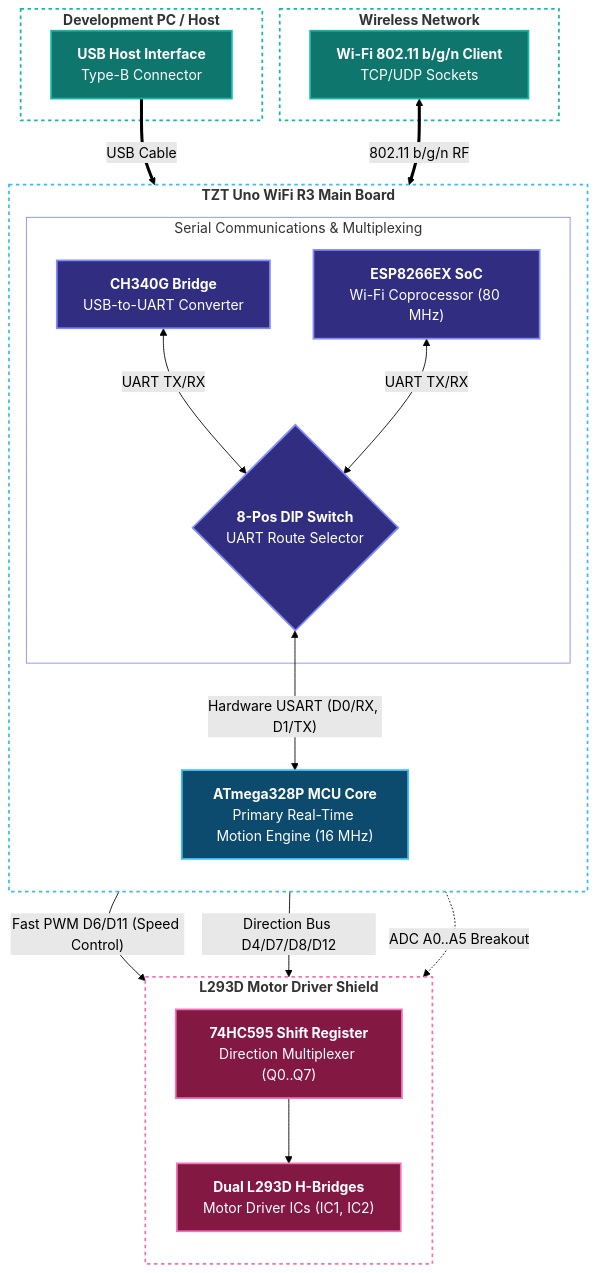
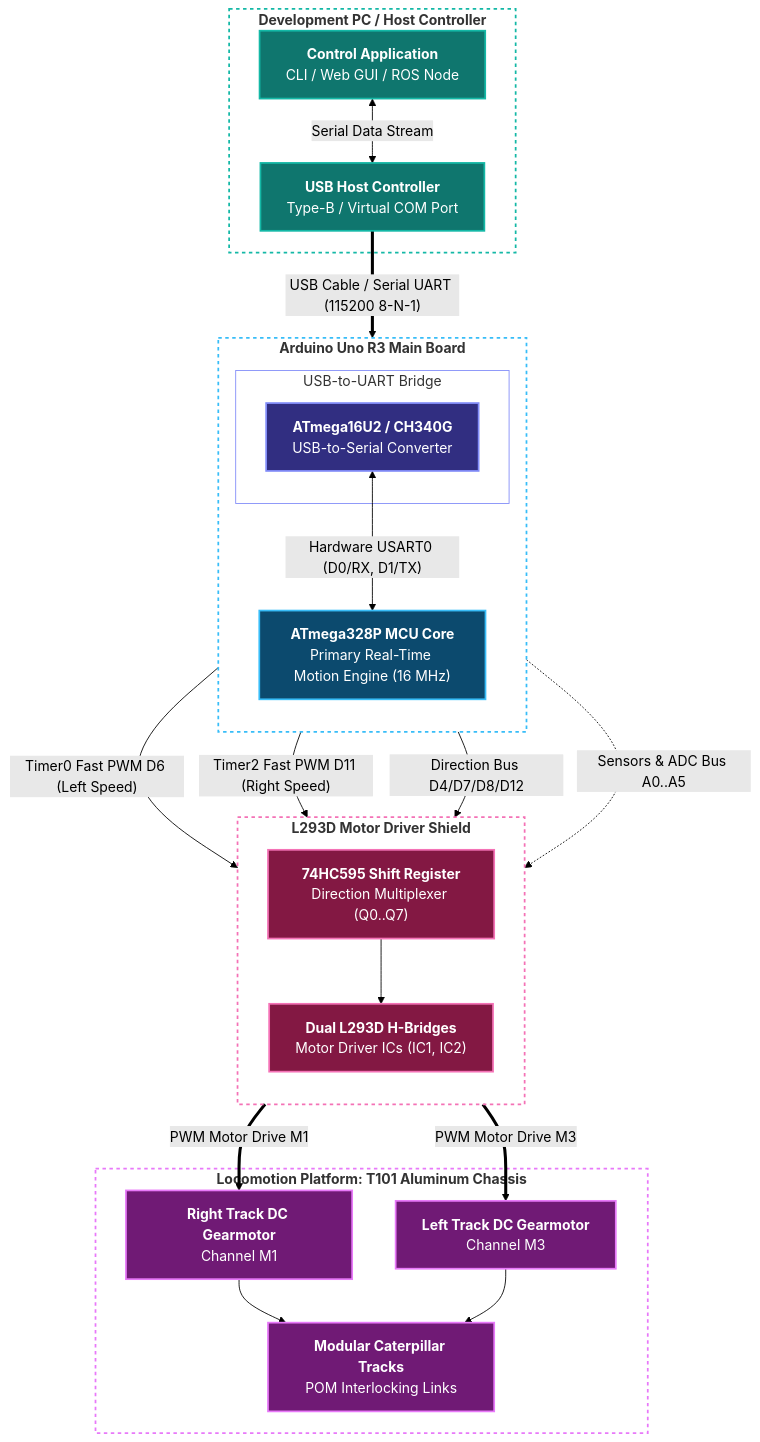
Before and after one commit to dof2bot/trackedbot: the diagram in hw/main_board.md, drawn with Mermaid (forest theme). The commit also changed other lines of this file and 31 other files, not shown here.

````diff
--- a/hw/main_board.md
+++ b/hw/main_board.md
@@ -170,56 +156,63 @@
 ```mermaid
 flowchart TD
-    subgraph Host ["<b>Development PC / Host</b>"]
-        USB["<b>USB Host Interface</b><br/>Type-B Connector"]
+    subgraph Host ["<b>Development PC / Host Controller</b>"]
+        CLIENT["<b>Control Application</b><br/>CLI / Web GUI / ROS Node"]
+        USB_PORT["<b>USB Host Controller</b><br/>Type-B / Virtual COM Port"]
+        CLIENT <-->|"Serial Data Stream"| USB_PORT
     end
 
-    subgraph Network ["<b>Wireless Network</b>"]
-        WIFI["<b>Wi-Fi 802.11 b/g/n Client</b><br/>TCP/UDP Sockets"]
-    end
-
-    subgraph UnoBoard ["<b>TZT Uno WiFi R3 Main Board</b>"]
+    subgraph UnoBoard ["<b>Arduino Uno R3 Main Board</b>"]
         direction TB
 
-        subgraph CommLayer ["Serial Communications & Multiplexing"]
-            CH340G["<b>CH340G Bridge</b><br/>USB-to-UART Converter"]
-            DIP{"<b>8-Pos DIP Switch</b><br/>UART Route Selector"}
-            ESP["<b>ESP8266EX SoC</b><br/>Wi-Fi Coprocessor (80 MHz)"]
+        subgraph CommLayer ["USB-to-UART Bridge"]
+            USB_UART["<b>ATmega16U2 / CH340G</b><br/>USB-to-Serial Converter"]
         end
 
         ATMEGA["<b>ATmega328P MCU Core</b><br/>Primary Real-Time Motion Engine (16 MHz)"]
 
-        CH340G <-->|"UART TX/RX"| DIP
-        ESP <-->|"UART TX/RX"| DIP
-        DIP <-->|"Hardware USART (D0/RX, D1/TX)"| ATMEGA
+        USB_UART <-->|"Hardware USART0 (D0/RX, D1/TX)"| ATMEGA
     end
 
     subgraph MotorShield ["<b>L293D Motor Driver Shield</b>"]
         direction TB
         L293D_CTRL["<b>74HC595 Shift Register</b><br/>Direction Multiplexer (Q0..Q7)"]
         L293D_DRV["<b>Dual L293D H-Bridges</b><br/>Motor Driver ICs (IC1, IC2)"]
         L293D_CTRL --> L293D_DRV
     end
 
-    USB ==>|"USB Cable"| CH340G
-    WIFI <==>|"802.11 b/g/n RF"| ESP
+    subgraph Chassis ["<b>Locomotion Platform: T101 Aluminum Chassis</b>"]
+        MOTOR_R["<b>Right Track DC Gearmotor</b><br/>Channel M1"]
+        MOTOR_L["<b>Left Track DC Gearmotor</b><br/>Channel M3"]
+        TRACKS["<b>Modular Caterpillar Tracks</b><br/>POM Interlocking Links"]
+        MOTOR_R --> TRACKS
+        MOTOR_L --> TRACKS
+    end
 
-    ATMEGA -->|"Fast PWM D6/D11 (Speed Control)"| L293D_DRV
+    USB_PORT ==>|"USB Cable / Serial UART (115200 8-N-1)"| USB_UART
+
+    ATMEGA -->|"Timer0 Fast PWM D6 (Left Speed)"| L293D_DRV
+    ATMEGA -->|"Timer2 Fast PWM D11 (Right Speed)"| L293D_DRV
     ATMEGA -->|"Direction Bus D4/D7/D8/D12"| L293D_CTRL
-    ATMEGA -.->|"ADC A0..A5 Breakout"| MotorShield
+    ATMEGA -.->|"Sensors & ADC Bus A0..A5"| MotorShield
+
+    L293D_DRV ==>|"PWM Motor Drive M1"| MOTOR_R
+    L293D_DRV ==>|"PWM Motor Drive M3"| MOTOR_L
 
     classDef hostStyle fill:#0f766e,stroke:#14b8a6,stroke-width:2px,color:#ffffff;
     classDef commStyle fill:#312e81,stroke:#818cf8,stroke-width:2px,color:#ffffff;
     classDef mcuStyle fill:#0c4a6e,stroke:#38bdf8,stroke-width:2px,color:#ffffff;
     classDef shieldStyle fill:#831843,stroke:#f472b6,stroke-width:2px,color:#ffffff;
+    classDef motorStyle fill:#701a75,stroke:#e879f9,stroke-width:2px,color:#ffffff;
 
-    class USB,WIFI hostStyle;
-    class CH340G,DIP,ESP commStyle;
+    class CLIENT,USB_PORT hostStyle;
+    class USB_UART commStyle;
     class ATMEGA mcuStyle;
     class L293D_CTRL,L293D_DRV shieldStyle;
+    class MOTOR_R,MOTOR_L,TRACKS motorStyle;
 
     style Host fill:none,stroke:#14b8a6,stroke-width:2px,stroke-dasharray: 4 4
-    style Network fill:none,stroke:#14b8a6,stroke-width:2px,stroke-dasharray: 4 4
     style UnoBoard fill:none,stroke:#38bdf8,stroke-width:2px,stroke-dasharray: 4 4
     style CommLayer fill:none,stroke:#818cf8,stroke-width:1px
     style MotorShield fill:none,stroke:#f472b6,stroke-width:2px,stroke-dasharray: 4 4
+    style Chassis fill:none,stroke:#e879f9,stroke-width:2px,stroke-dasharray: 4 4
 ```
````
